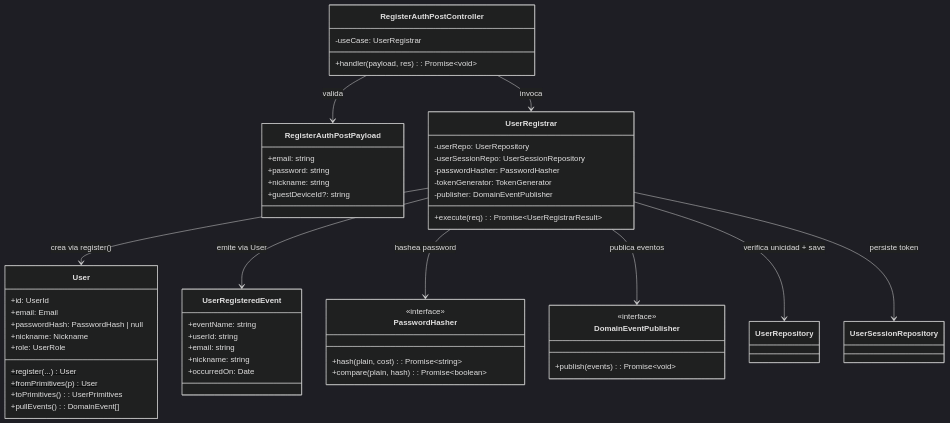
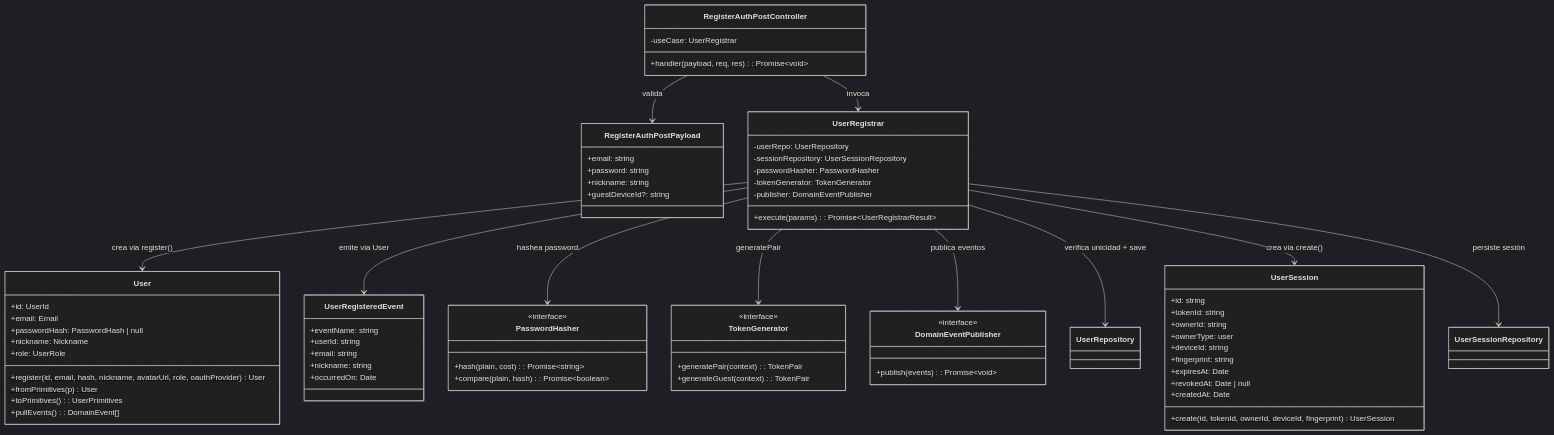
The diagram in docs/apps/api/identity/register/classes.md (AbrahamVilchesDeLaCruz/ididntcatchthat), drawn with Mermaid (dark theme) before and after one commit. The commit also changed 8 other files, not shown here.

First line of the commit message:
docs(identity): update class and sequence diagrams to UserSession model

````diff
--- a/docs/apps/api/identity/register/classes.md
+++ b/docs/apps/api/identity/register/classes.md
@@ -6,7 +6,7 @@
 classDiagram
     class RegisterAuthPostController {
         -useCase: UserRegistrar
-        +handler(payload, res): Promise~void~
+        +handler(payload, req, res): Promise~void~
     }
 
     class RegisterAuthPostPayload {
@@ -18,11 +18,11 @@
 
     class UserRegistrar {
         -userRepo: UserRepository
-        -userSessionRepo: UserSessionRepository
+        -sessionRepository: UserSessionRepository
         -passwordHasher: PasswordHasher
         -tokenGenerator: TokenGenerator
         -publisher: DomainEventPublisher
-        +execute(req): Promise~UserRegistrarResult~
+        +execute(params): Promise~UserRegistrarResult~
     }
 
     class User {
@@ -31,10 +31,23 @@
         +passwordHash: PasswordHash | null
         +nickname: Nickname
         +role: UserRole
-        +register(...)$ User
+        +register(id, email, hash, nickname, avatarUrl, role, oauthProvider)$ User
         +fromPrimitives(p)$ User
         +toPrimitives(): UserPrimitives
         +pullEvents(): DomainEvent[]
+    }
+
+    class UserSession {
+        +id: string
+        +tokenId: string
+        +ownerId: string
+        +ownerType: user
+        +deviceId: string
+        +fingerprint: string
+        +expiresAt: Date
+        +revokedAt: Date | null
+        +createdAt: Date
+        +create(id, tokenId, ownerId, deviceId, fingerprint)$ UserSession
     }
 
     class UserRegisteredEvent {
@@ -43,6 +56,12 @@
         +email: string
         +nickname: string
         +occurredOn: Date
+    }
+
+    class TokenGenerator {
+        <<interface>>
+        +generatePair(context): TokenPair
+        +generateGuest(context): TokenPair
     }
 
     class PasswordHasher {
@@ -61,7 +80,9 @@
     UserRegistrar --> User : crea via register()
     UserRegistrar --> UserRegisteredEvent : emite via User
     UserRegistrar --> PasswordHasher : hashea password
+    UserRegistrar --> TokenGenerator : generatePair
     UserRegistrar --> DomainEventPublisher : publica eventos
     UserRegistrar --> UserRepository : verifica unicidad + save
-    UserRegistrar --> UserSessionRepository : persiste token
+    UserRegistrar --> UserSession : crea via create()
+    UserRegistrar --> UserSessionRepository : persiste sesión
 ```
````
